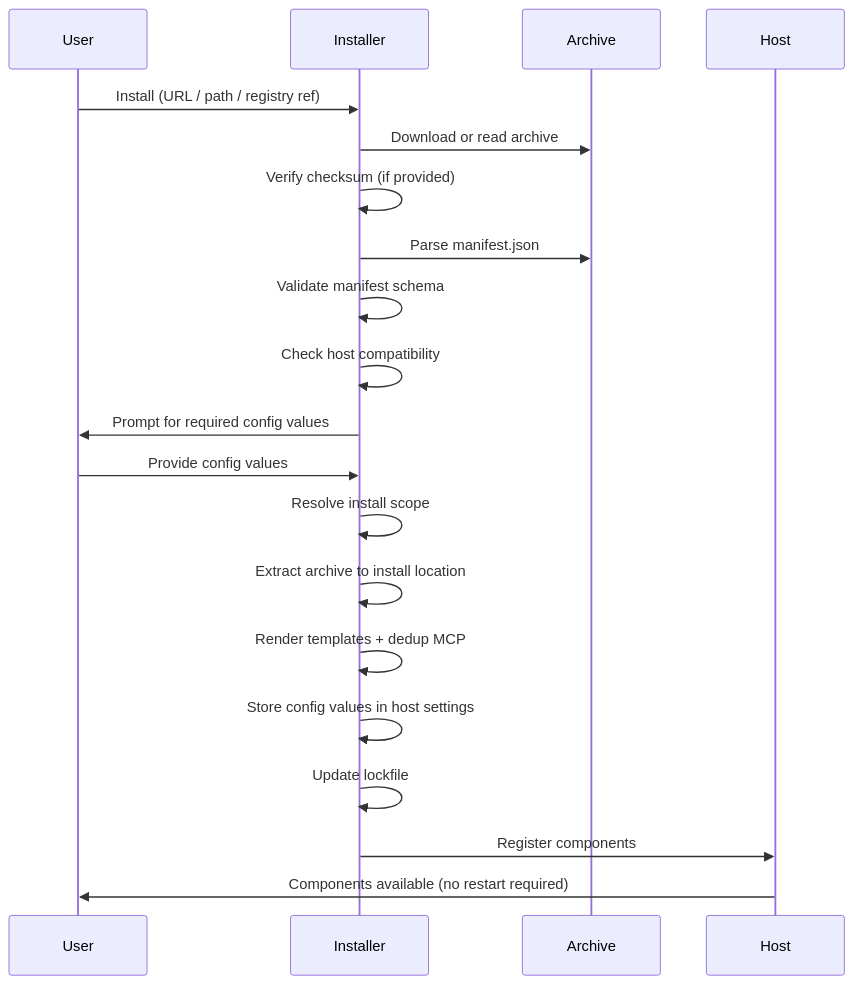
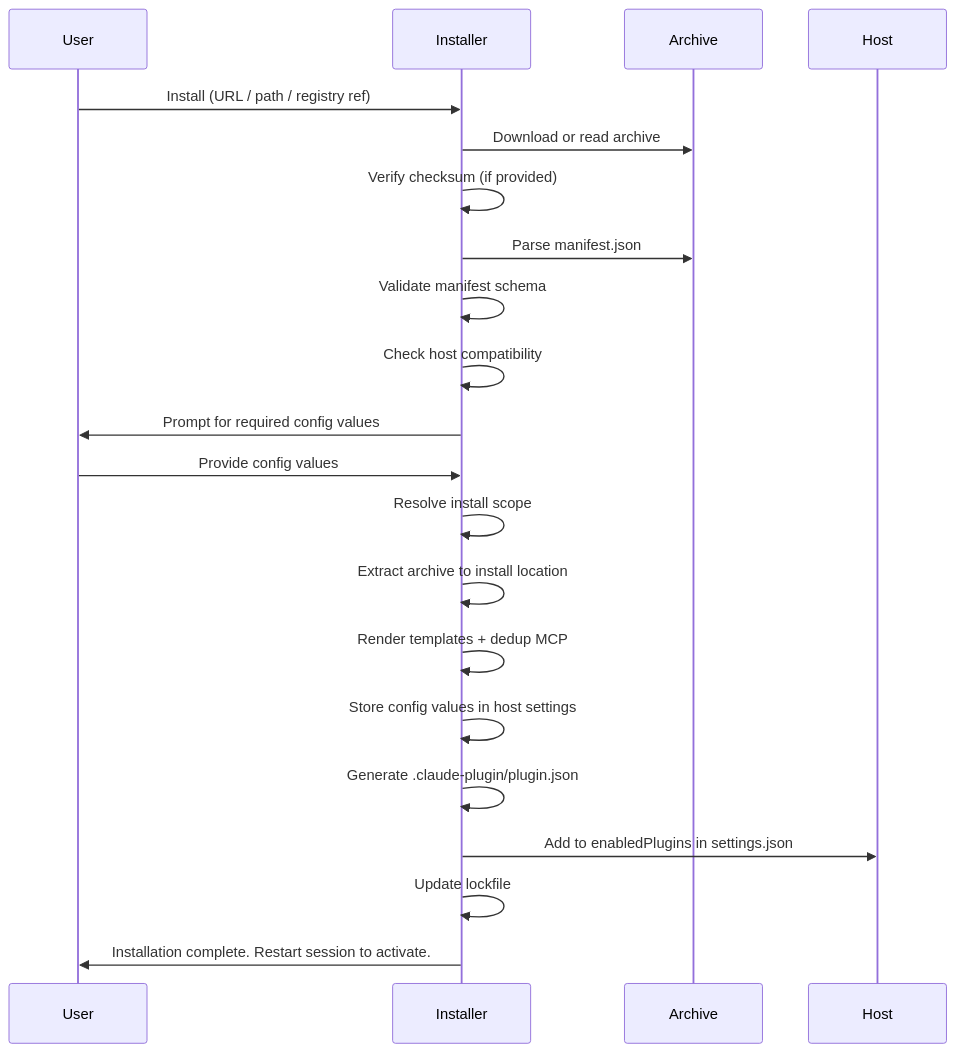
Before and after one commit to zircote/ccpkg: the diagram in src/content/docs/specification/install-lifecycle.mdx, drawn with Mermaid. The commit also changed other lines of this file and 3 other files, not shown here.

````diff
--- a/src/content/docs/specification/install-lifecycle.mdx
+++ b/src/content/docs/specification/install-lifecycle.mdx
@@ -10,23 +10,24 @@
 ```mermaid
 sequenceDiagram
     participant User
     participant Installer
     participant Archive
     participant Host
 
     User->>Installer: Install (URL / path / registry ref)
     Installer->>Archive: Download or read archive
     Installer->>Installer: Verify checksum (if provided)
     Installer->>Archive: Parse manifest.json
     Installer->>Installer: Validate manifest schema
     Installer->>Installer: Check host compatibility
     Installer->>User: Prompt for required config values
     User->>Installer: Provide config values
     Installer->>Installer: Resolve install scope
     Installer->>Installer: Extract archive to install location
     Installer->>Installer: Render templates + dedup MCP
     Installer->>Installer: Store config values in host settings
+    Installer->>Installer: Generate .claude-plugin/plugin.json
+    Installer->>Host: Add to enabledPlugins in settings.json
     Installer->>Installer: Update lockfile
-    Installer->>Host: Register components
-    Host->>User: Components available (no restart required)
+    Installer->>User: Installation complete. Restart session to activate.
 ```
````
